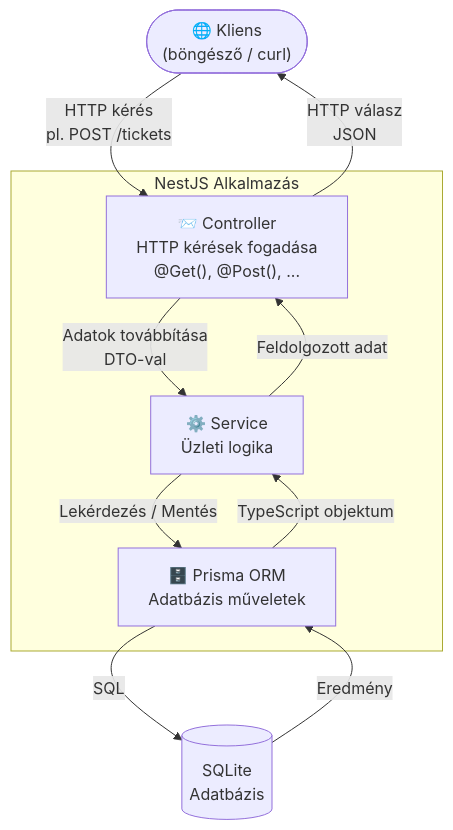
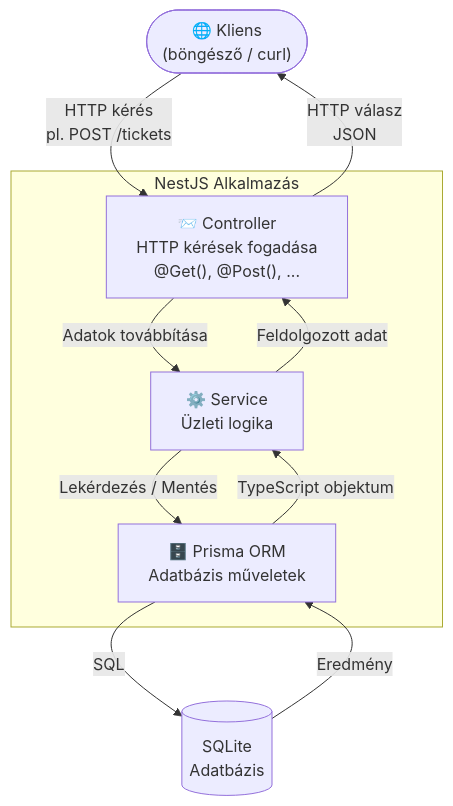
Before and after one commit to kir-dev/tanfolyam-docusaurus: the second of 2 diagrams in docs/node-js/starting-out/project-setup.md, drawn with Mermaid. The commit also changed other lines of this file and 11 other files, not shown here.

````diff
--- a/docs/node-js/starting-out/project-setup.md
+++ b/docs/node-js/starting-out/project-setup.md
@@ -119,18 +129,18 @@
 ```mermaid
 flowchart TD
 Client(["🌐 Kliens\n(böngésző / curl)"])
 subgraph NestJS ["NestJS Alkalmazás"]
     Controller["📨 Controller\nHTTP kérések fogadása\n@Get(), @Post(), ..."]
     Service["⚙️ Service\nÜzleti logika"]
     Prisma["🗄️ Prisma ORM\nAdatbázis műveletek"]
 end
 DB[("SQLite\nAdatbázis")]
 Client -->|"HTTP kérés\npl. POST /tickets"| Controller
-Controller -->|"Adatok továbbítása\nDTO-val"| Service
+Controller -->|"Adatok továbbítása"| Service
 Service -->|"Lekérdezés / Mentés"| Prisma
 Prisma -->|"SQL"| DB
 DB -->|"Eredmény"| Prisma
 Prisma -->|"TypeScript objektum"| Service
 Service -->|"Feldolgozott adat"| Controller
 Controller -->|"HTTP válasz\nJSON"| Client
 ```
````
